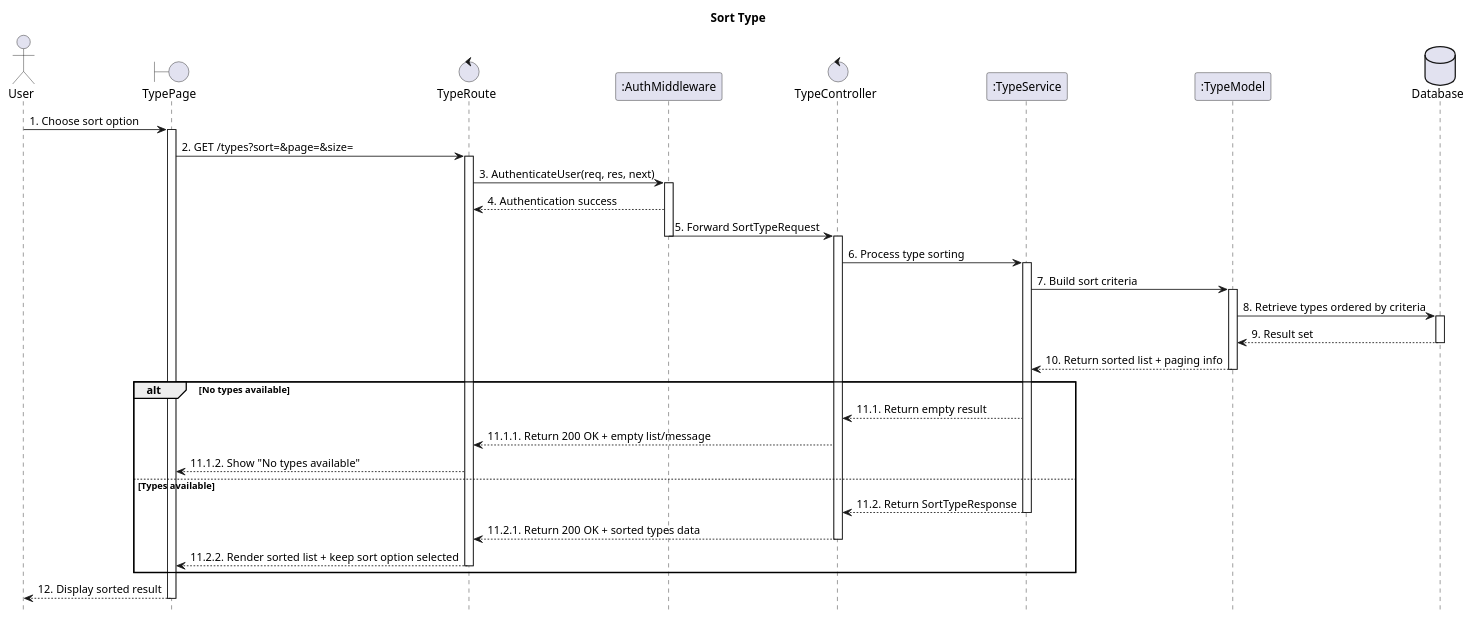
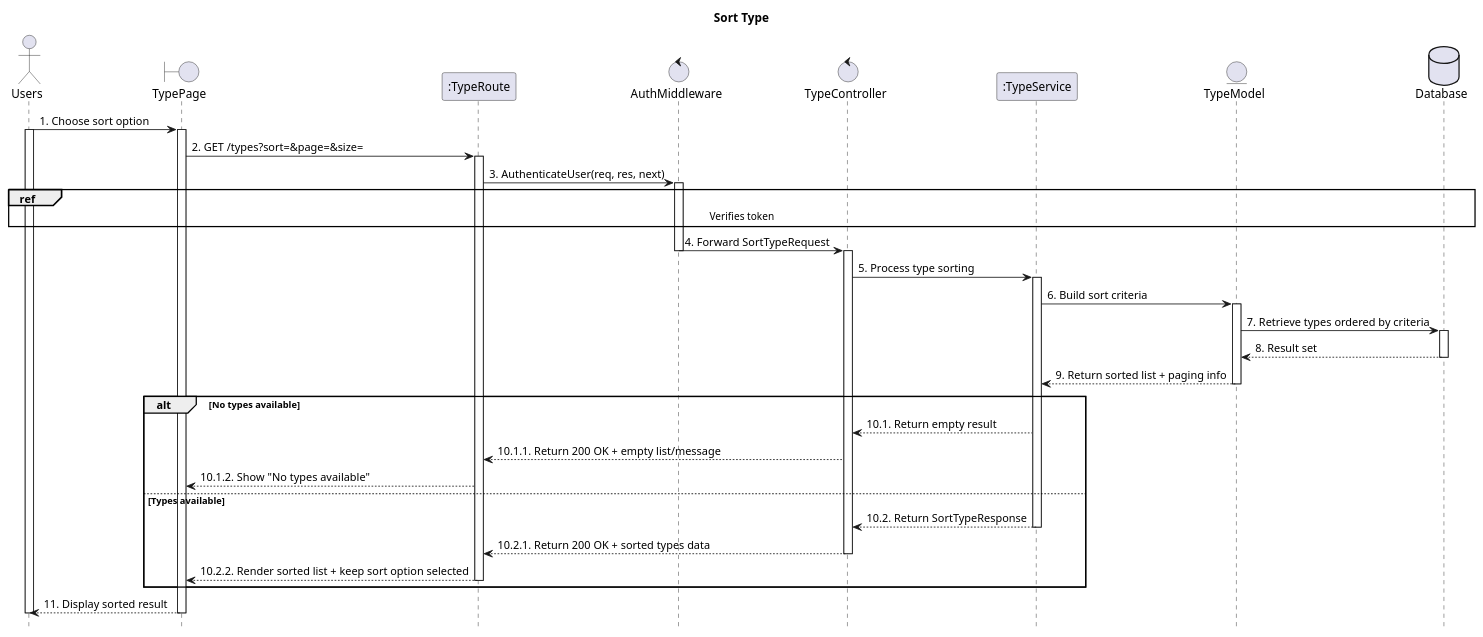
The diagram in planuml/web/14.7_sortType.puml (VietDurian/VietDurian), drawn with PlantUML before and after one commit. The commit also changed 29 other files, not shown here.

Commit message:
Adjust sequence for Web

```diff
--- a/planuml/web/14.7_sortType.puml
+++ b/planuml/web/14.7_sortType.puml
@@ -1,56 +1,58 @@
 @startuml 14.7_sortType
 hide footbox
 title Sort Type
 
-actor User
+actor User as "Users"
 boundary TypePage as View
-control TypeRoute as Route
-participant ":AuthMiddleware" as Middleware
+participant ":TypeRoute" as Route
+control "AuthMiddleware" as Middleware
 control "TypeController" as Controller
 participant ":TypeService" as Service
-participant ":TypeModel" as Model
+entity "TypeModel" as Model
 database Database as Database
 
 User -> View : 1. Choose sort option
 activate View
+activate User
 
     View -> Route : 2. GET /types?sort=&page=&size=
     activate Route
 
     Route -> Middleware : 3. AuthenticateUser(req, res, next)
     activate Middleware
-    Middleware --> Route : 4. Authentication success
-    Middleware -> Controller : 5. Forward SortTypeRequest
+    ref over User, Database : Verifies token
+    Middleware -> Controller : 4. Forward SortTypeRequest
     deactivate Middleware
     activate Controller
 
-    Controller -> Service : 6. Process type sorting
+    Controller -> Service : 5. Process type sorting
     activate Service
 
-    Service -> Model : 7. Build sort criteria
+    Service -> Model : 6. Build sort criteria
     activate Model
 
-    Model -> Database : 8. Retrieve types ordered by criteria
+    Model -> Database : 7. Retrieve types ordered by criteria
     activate Database
-    Database --> Model : 9. Result set
+    Database --> Model : 8. Result set
     deactivate Database
 
-    Model --> Service : 10. Return sorted list + paging info
+    Model --> Service : 9. Return sorted list + paging info
     deactivate Model
 
 alt No types available
-    Service --> Controller : 11.1. Return empty result
-    Controller --> Route : 11.1.1. Return 200 OK + empty list/message
-    Route --> View : 11.1.2. Show "No types available"
+    Service --> Controller : 10.1. Return empty result
+    Controller --> Route : 10.1.1. Return 200 OK + empty list/message
+    Route --> View : 10.1.2. Show "No types available"
 else Types available
-    Service --> Controller : 11.2. Return SortTypeResponse
+    Service --> Controller : 10.2. Return SortTypeResponse
     deactivate Service
-    Controller --> Route : 11.2.1. Return 200 OK + sorted types data
+    Controller --> Route : 10.2.1. Return 200 OK + sorted types data
     deactivate Controller
-    Route --> View : 11.2.2. Render sorted list + keep sort option selected
+    Route --> View : 10.2.2. Render sorted list + keep sort option selected
     deactivate Route
 end
 
-View --> User : 12. Display sorted result
+View --> User : 11. Display sorted result
 deactivate View
+deactivate User
 @enduml
```
